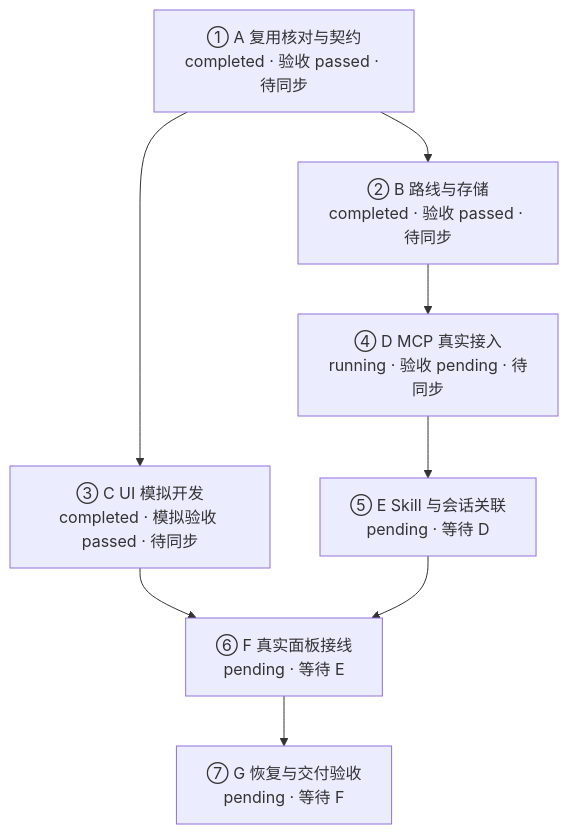
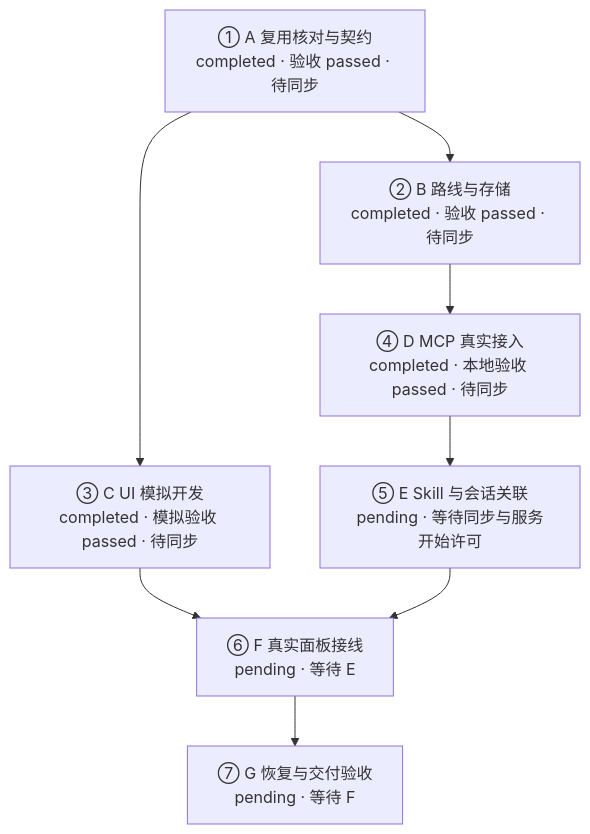
Before and after one commit to WuwuZhang0019/Codex-task-monitoring: the diagram in docs/03_轻量路线工作台/00_执行入口/01_当前执行台账_2026-11-10.md, drawn with Mermaid. The commit also changed other lines of this file and 3 other files, not shown here.

````diff
--- a/docs/03_轻量路线工作台/00_执行入口/01_当前执行台账_2026-11-10.md
+++ b/docs/03_轻量路线工作台/00_执行入口/01_当前执行台账_2026-11-10.md
@@ -130,10 +130,10 @@
 ```mermaid
 flowchart TD
     A["① A 复用核对与契约<br/>completed · 验收 passed · 待同步"] --> B["② B 路线与存储<br/>completed · 验收 passed · 待同步"]
     A --> C["③ C UI 模拟开发<br/>completed · 模拟验收 passed · 待同步"]
-    B --> D["④ D MCP 真实接入<br/>running · 验收 pending · 待同步"]
-    D --> E["⑤ E Skill 与会话关联<br/>pending · 等待 D"]
+    B --> D["④ D MCP 真实接入<br/>completed · 本地验收 passed · 待同步"]
+    D --> E["⑤ E Skill 与会话关联<br/>pending · 等待同步与服务开始许可"]
     C --> F["⑥ F 真实面板接线<br/>pending · 等待 E"]
     E --> F
     F --> G["⑦ G 恢复与交付验收<br/>pending · 等待 F"]
 ```
````
